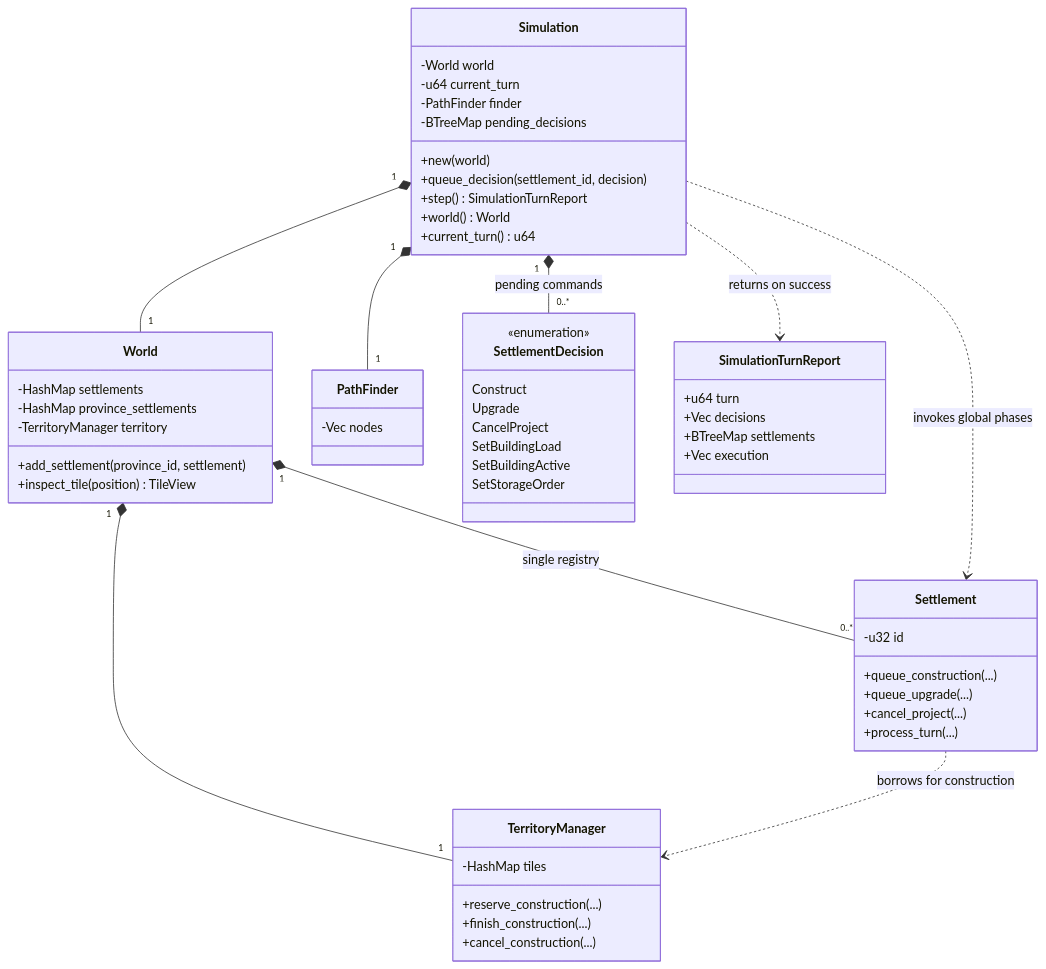
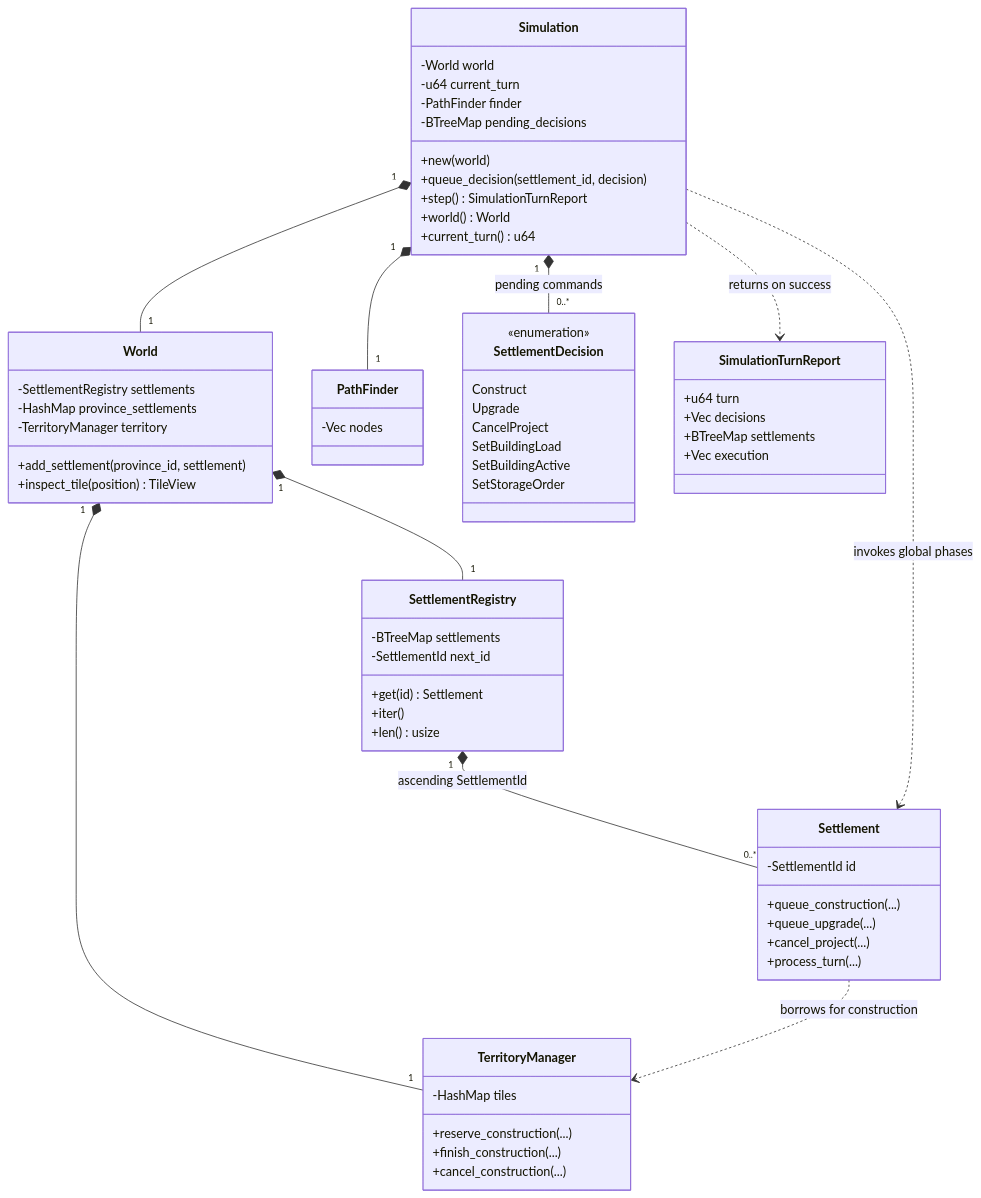
The first of 2 diagrams in docs/architecture/simulation.md (KMaksymilian/marl-grand-strategy-game), drawn with Mermaid before and after one commit. The commit also changed other lines of this file and 25 other files, not shown here.

Commit message:
feat(settlement): add typed IDs and deterministic settlement registry

````diff
--- a/docs/architecture/simulation.md
+++ b/docs/architecture/simulation.md
@@ -18,60 +18,68 @@
 ```mermaid
 classDiagram
     class Simulation {
         -World world
         -u64 current_turn
         -PathFinder finder
         -BTreeMap pending_decisions
         +new(world)
         +queue_decision(settlement_id, decision)
         +step() SimulationTurnReport
         +world() World
         +current_turn() u64
     }
     class World {
-        -HashMap settlements
+        -SettlementRegistry settlements
         -HashMap province_settlements
         -TerritoryManager territory
         +add_settlement(province_id, settlement)
         +inspect_tile(position) TileView
     }
     class Settlement {
-        -u32 id
+        -SettlementId id
         +queue_construction(...)
         +queue_upgrade(...)
         +cancel_project(...)
         +process_turn(...)
     }
     class TerritoryManager {
         -HashMap tiles
         +reserve_construction(...)
         +finish_construction(...)
         +cancel_construction(...)
+    }
+    class SettlementRegistry {
+        -BTreeMap settlements
+        -SettlementId next_id
+        +get(id) Settlement
+        +iter()
+        +len() usize
     }
     class PathFinder {
         -Vec nodes
     }
     class SettlementDecision {
         <<enumeration>>
         Construct
         Upgrade
         CancelProject
         SetBuildingLoad
         SetBuildingActive
         SetStorageOrder
     }
     class SimulationTurnReport {
         +u64 turn
         +Vec decisions
         +BTreeMap settlements
         +Vec execution
     }
     Simulation "1" *-- "1" World
     Simulation "1" *-- "1" PathFinder
     Simulation "1" *-- "0..*" SettlementDecision : pending commands
-    World "1" *-- "0..*" Settlement : single registry
+    World "1" *-- "1" SettlementRegistry
+    SettlementRegistry "1" *-- "0..*" Settlement : ascending SettlementId
     World "1" *-- "1" TerritoryManager
     Settlement ..> TerritoryManager : borrows for construction
     Simulation ..> Settlement : invokes global phases
     Simulation ..> SimulationTurnReport : returns on success
 ```
````
